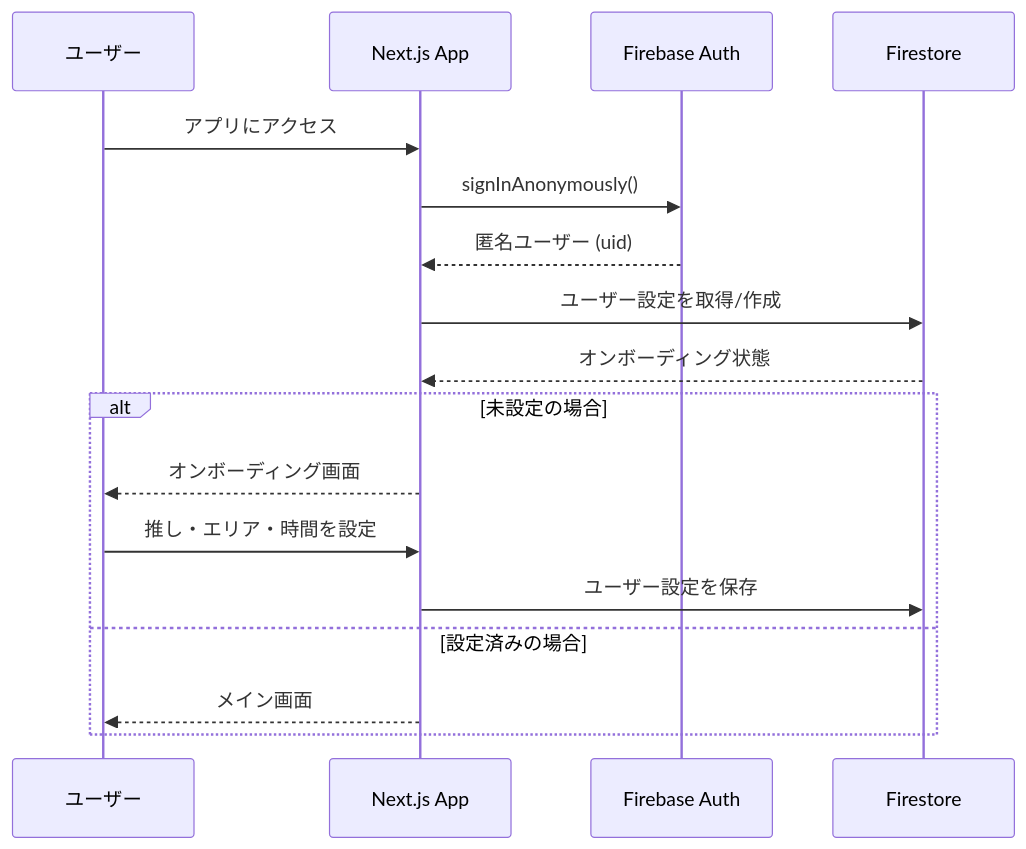
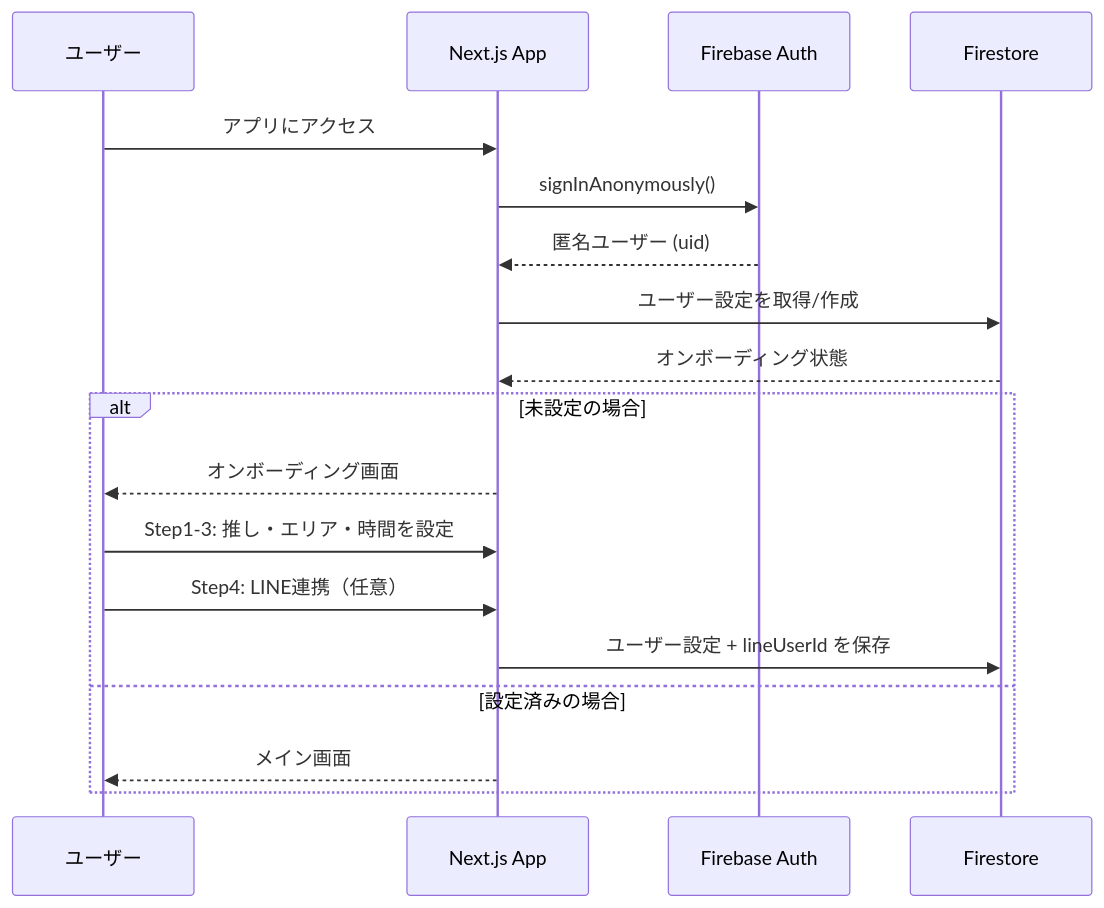
Before and after one commit to nekoai-lab/tsugi-no-tokimeki: the third of 5 diagrams in README.md, drawn with Mermaid. The commit also changed other lines of this file, not shown here.

Commit message:
docs: update README with LINE login implementation status

````diff
--- a/README.md
+++ b/README.md
@@ -127,21 +127,22 @@
 ```mermaid
 sequenceDiagram
     participant User as ユーザー
     participant App as Next.js App
     participant Auth as Firebase Auth
     participant FS as Firestore
 
     User->>App: アプリにアクセス
     App->>Auth: signInAnonymously()
     Auth-->>App: 匿名ユーザー (uid)
     App->>FS: ユーザー設定を取得/作成
     FS-->>App: オンボーディング状態
     
     alt 未設定の場合
         App-->>User: オンボーディング画面
-        User->>App: 推し・エリア・時間を設定
-        App->>FS: ユーザー設定を保存
+        User->>App: Step1-3: 推し・エリア・時間を設定
+        User->>App: Step4: LINE連携（任意）
+        App->>FS: ユーザー設定 + lineUserId を保存
     else 設定済みの場合
         App-->>User: メイン画面
     end
 ```
````
